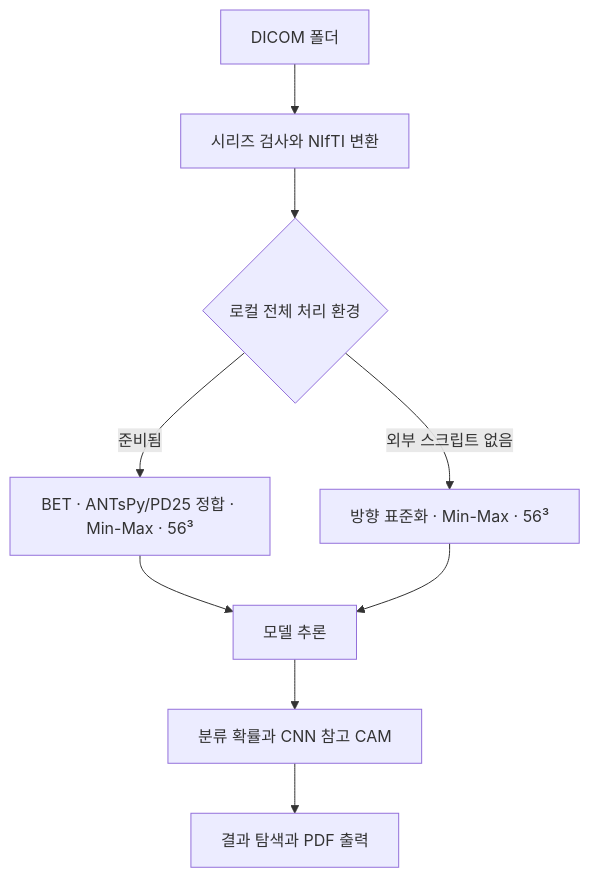
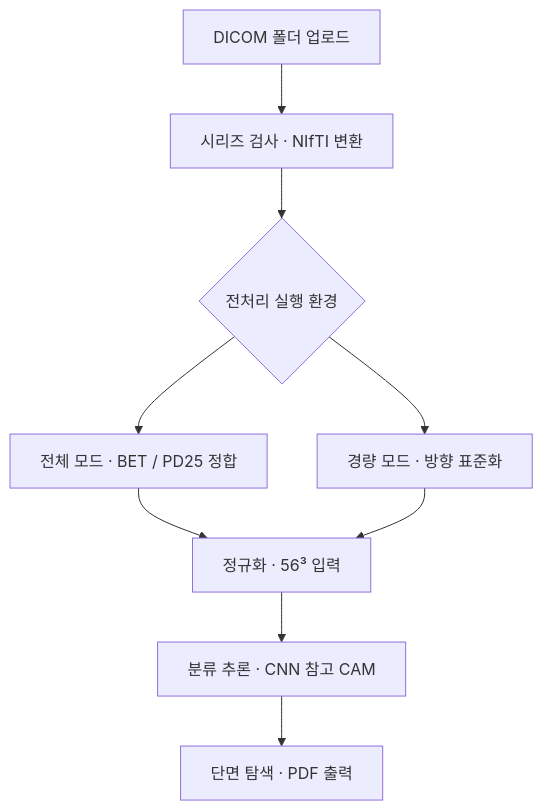
Before and after one commit to yd5170/ParkinsLens_web: the diagram in README.md, drawn with Mermaid. The commit also changed other lines of this file, not shown here.

````diff
--- a/README.md
+++ b/README.md
@@ -60,11 +56,11 @@
 ```mermaid
 flowchart TD
-    A["DICOM 폴더"] --> B["시리즈 검사와 NIfTI 변환"]
-    B --> C{"로컬 전체 처리 환경"}
-    C -->|준비됨| D["BET · ANTsPy/PD25 정합 · Min-Max · 56³"]
-    C -->|외부 스크립트 없음| E["방향 표준화 · Min-Max · 56³"]
-    D --> F["모델 추론"]
+    A["DICOM 폴더 업로드"] --> B["시리즈 검사 · NIfTI 변환"]
+    B --> C{"전처리 실행 환경"}
+    C --> D["전체 모드 · BET / PD25 정합"]
+    C --> E["경량 모드 · 방향 표준화"]
+    D --> F["정규화 · 56³ 입력"]
     E --> F
-    F --> G["분류 확률과 CNN 참고 CAM"]
-    G --> H["결과 탐색과 PDF 출력"]
+    F --> G["분류 추론 · CNN 참고 CAM"]
+    G --> H["단면 탐색 · PDF 출력"]
 ```
````
